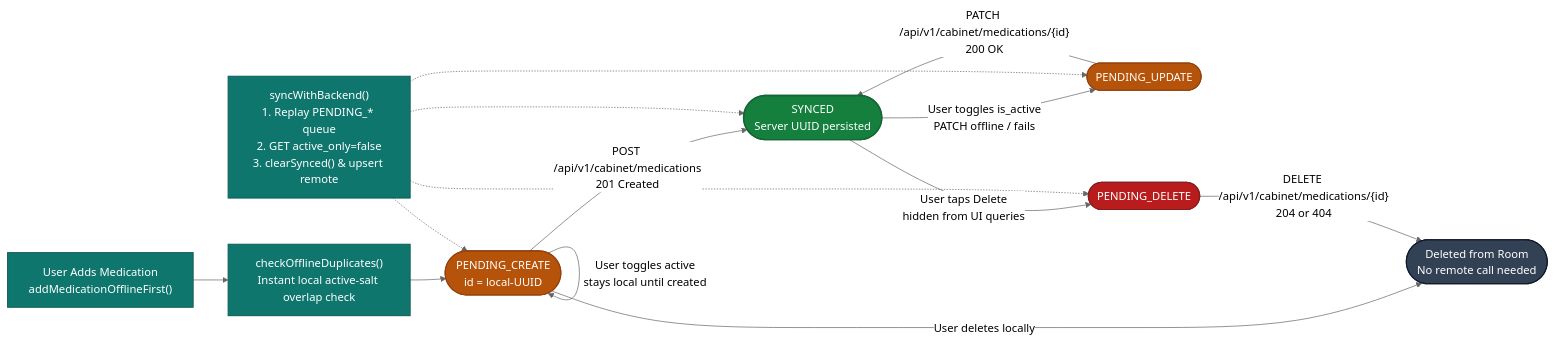
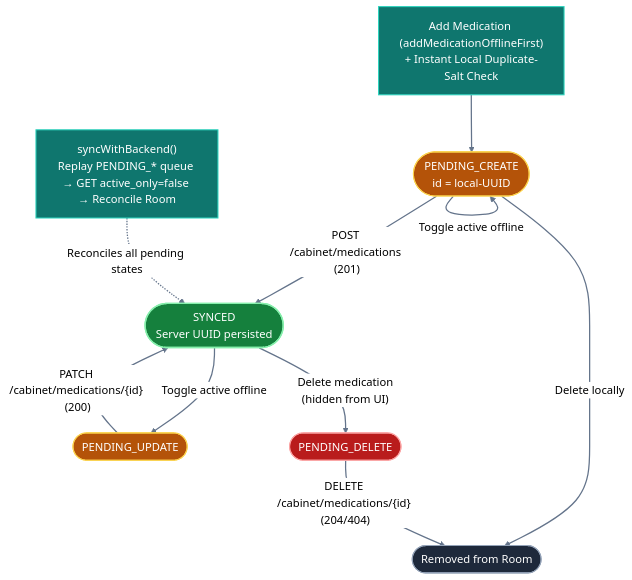
Before and after one commit to hrdk6/PillScope: the fourth of 8 diagrams in README.md, drawn with Mermaid (neutral theme). The commit also changed other lines of this file, not shown here.

Commit message:
docs: fix Mermaid dark-mode contrast, diagram proportions, and normalizer counts

````diff
--- a/README.md
+++ b/README.md
@@ -363,32 +367,30 @@
 ```mermaid
-flowchart LR
-    ADD["User Adds Medication<br/>addMedicationOfflineFirst()"] --> DUP["checkOfflineDuplicates()<br/>Instant local active-salt overlap check"]
-    DUP --> PC(["PENDING_CREATE<br/>id = local-UUID"])
+flowchart TB
+    ADD["Add Medication (addMedicationOfflineFirst)<br/>+ Instant Local Duplicate-Salt Check"] --> PC(["PENDING_CREATE<br/>id = local-UUID"])
 
-    PC -->|"POST /api/v1/cabinet/medications<br/>201 Created"| SYNCED(["SYNCED<br/>Server UUID persisted"])
-    PC -->|"User toggles active<br/>stays local until created"| PC
-    PC -->|"User deletes locally"| GONE(["Deleted from Room<br/>No remote call needed"])
+    PC -->|"POST /cabinet/medications (201)"| SYNCED(["SYNCED<br/>Server UUID persisted"])
+    PC -->|"Toggle active offline"| PC
+    PC -->|"Delete locally"| GONE(["Removed from Room"])
 
-    SYNCED -->|"User toggles is_active<br/>PATCH offline / fails"| PU(["PENDING_UPDATE"])
-    PU -->|"PATCH /api/v1/cabinet/medications/{id}<br/>200 OK"| SYNCED
+    SYNCED -->|"Toggle active offline"| PU(["PENDING_UPDATE"])
+    PU -->|"PATCH /cabinet/medications/{id} (200)"| SYNCED
 
-    SYNCED -->|"User taps Delete<br/>hidden from UI queries"| PD(["PENDING_DELETE"])
-    PD -->|"DELETE /api/v1/cabinet/medications/{id}<br/>204 or 404"| GONE
+    SYNCED -->|"Delete medication<br/>(hidden from UI)"| PD(["PENDING_DELETE"])
+    PD -->|"DELETE /cabinet/medications/{id} (204/404)"| GONE
 
-    SYNC_BTN["syncWithBackend()<br/>1. Replay PENDING_* queue<br/>2. GET active_only=false<br/>3. clearSynced() & upsert remote"] -.-> PC
-    SYNC_BTN -.-> PU
-    SYNC_BTN -.-> PD
-    SYNC_BTN -.-> SYNCED
+    SYNC_BTN["syncWithBackend()<br/>Replay PENDING_* queue → GET active_only=false → Reconcile Room"] -.->|"Reconciles all pending states"| SYNCED
 
-    classDef emerald fill:#15803D,stroke:#166534,stroke-width:2px,color:#FFFFFF
-    classDef amber fill:#B45309,stroke:#92400E,stroke-width:1.5px,color:#FFFFFF
-    classDef crimson fill:#B91C1C,stroke:#7F1D1D,stroke-width:1.5px,color:#FFFFFF
-    classDef teal fill:#0F766E,stroke:#115E59,stroke-width:1.5px,color:#FFFFFF
-    classDef slate fill:#334155,stroke:#0F172A,stroke-width:1.5px,color:#FFFFFF
+    linkStyle default stroke:#64748B,stroke-width:1.8px
+
+    classDef emerald fill:#15803D,stroke:#86EFAC,stroke-width:2px,color:#FFFFFF
+    classDef amber fill:#B45309,stroke:#FCD34D,stroke-width:1.5px,color:#FFFFFF
+    classDef crimson fill:#B91C1C,stroke:#FCA5A5,stroke-width:1.5px,color:#FFFFFF
+    classDef teal fill:#0F766E,stroke:#2DD4BF,stroke-width:1.5px,color:#FFFFFF
+    classDef slate fill:#1E293B,stroke:#94A3B8,stroke-width:1.5px,color:#FFFFFF
 
     class SYNCED emerald
     class PC,PU amber
     class PD crimson
-    class ADD,DUP,SYNC_BTN teal
+    class ADD,SYNC_BTN teal
     class GONE slate
 ```
````
